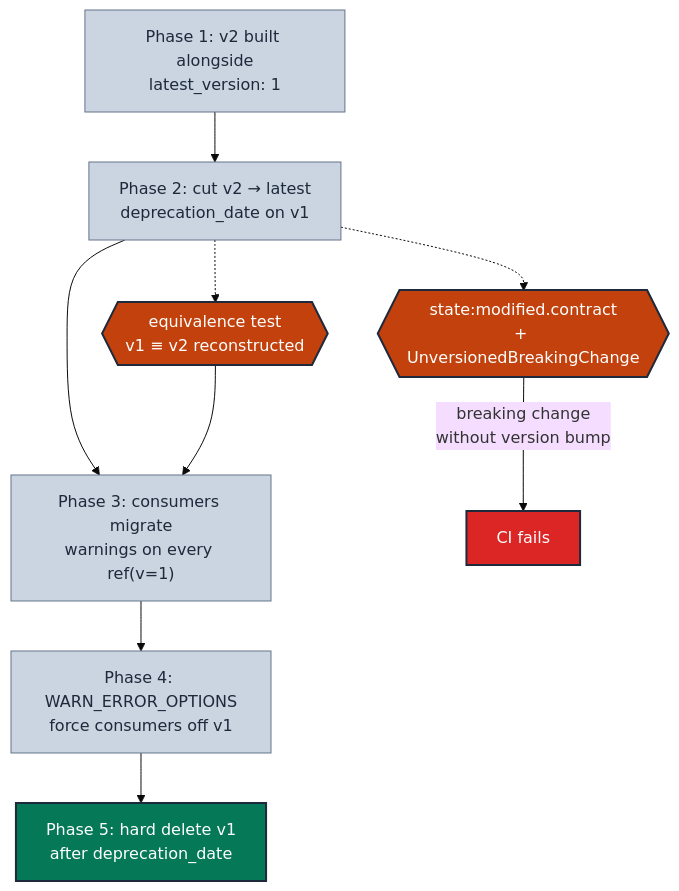
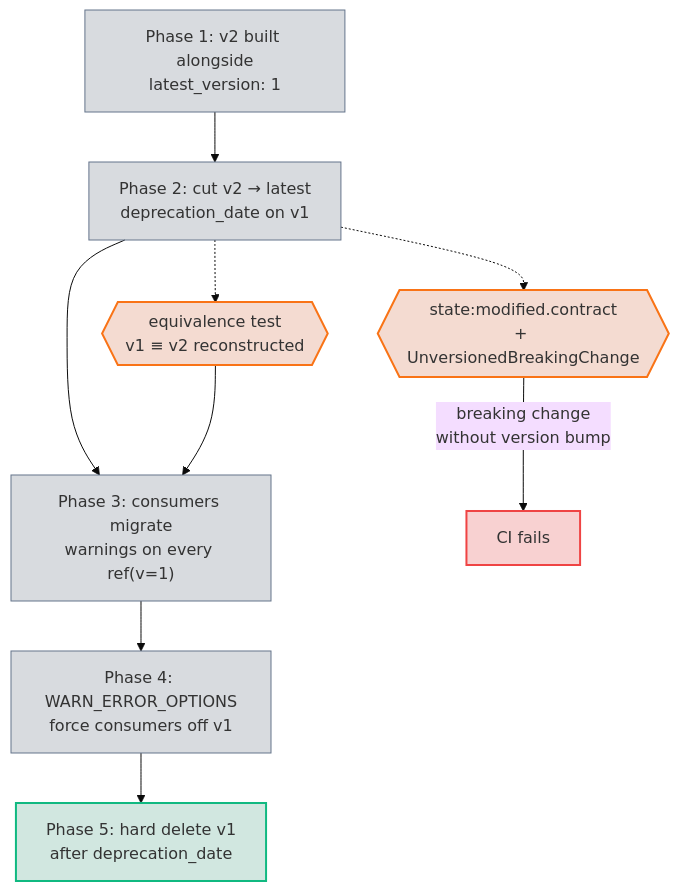
The diagram in docs/guides/testing_taxonomy/model/MD-03-versioning-cutover.md (neozenith/dbt-gcp-jaffleshop), drawn with Mermaid (base theme) before and after one commit. The commit also changed 36 other files, not shown here.

First line of the commit message:
docs(taxonomy): rework guide entry-point + WCAG-AAA dual-theme mermaid palette (#19)

````diff
--- a/docs/guides/testing_taxonomy/model/MD-03-versioning-cutover.md
+++ b/docs/guides/testing_taxonomy/model/MD-03-versioning-cutover.md
@@ -162,23 +162,23 @@
 ```mermaid
 flowchart TD
     p1["Phase 1: v2 built alongside<br/>latest_version: 1"]:::modelSecondary
     p2["Phase 2: cut v2 → latest<br/>deprecation_date on v1"]:::modelSecondary
     p3["Phase 3: consumers migrate<br/>warnings on every ref(v=1)"]:::modelSecondary
     p4["Phase 4: WARN_ERROR_OPTIONS<br/>force consumers off v1"]:::modelSecondary
     p5["Phase 5: hard delete v1<br/>after deprecation_date"]:::ok
 
     p1 --> p2 --> p3 --> p4 --> p5
 
     eq{{"equivalence test<br/>v1 ≡ v2 reconstructed"}}:::gate
     p2 -.-> eq
     eq --> p3
 
     state_ci{{"state:modified.contract<br/>+ UnversionedBreakingChange"}}:::gate
     p2 -.-> state_ci
     state_ci -- "breaking change<br/>without version bump" --> stop["CI fails"]:::fail
 
-    classDef modelSecondary fill:#cbd5e1,stroke:#64748b,color:#1e293b,stroke-width:1px
-    classDef gate           fill:#c2410c,stroke:#1e293b,color:#fff,stroke-width:2px
-    classDef ok             fill:#047857,stroke:#1e293b,color:#fff,stroke-width:2px
-    classDef fail           fill:#dc2626,stroke:#1e293b,color:#fff,stroke-width:2px
+    classDef modelSecondary fill:#47556936,stroke:#64748b,stroke-width:1px
+    classDef gate fill:#c2410c30,stroke:#f97316,stroke-width:2px
+    classDef ok fill:#0478572e,stroke:#10b981,stroke-width:2px
+    classDef fail fill:#dc262636,stroke:#ef4444,stroke-width:2px
 ```
````
